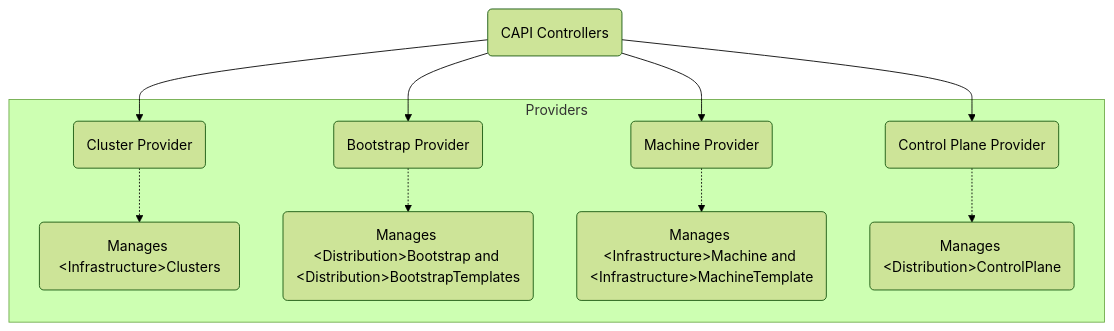
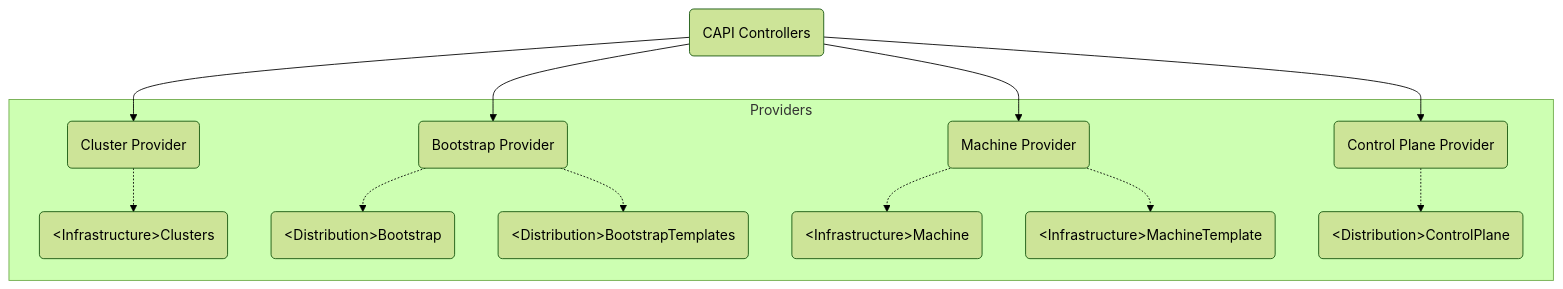
Before and after one commit to aiyengar2/k8s-docs: the second of 2 diagrams in docs/provisioning/00_capi.md, drawn with Mermaid (forest theme).

````diff
--- a/docs/provisioning/00_capi.md
+++ b/docs/provisioning/00_capi.md
@@ -57,25 +57,29 @@
 ```mermaid
 graph TD
     CAPIControllers("CAPI Controllers")
     subgraph Providers
     ClusterProvider("Cluster Provider")
     BootstrapProvider("Bootstrap Provider")
     MachineProvider("Machine Provider")
     ControlPlaneProvider("Control Plane Provider")
 
-    ClusterProviderDescription("Manages &ltInfrastructure&gtClusters")
-    BootstrapProviderDescription("Manages &ltDistribution&gtBootstrap and &ltDistribution&gtBootstrapTemplates")
-    MachineProviderDescription("Manages &ltInfrastructure&gtMachine and &ltInfrastructure&gtMachineTemplate")
-    ControlPlaneProviderDescription("Manages &ltDistribution&gtControlPlane")
+    InfrastructureCluster("&ltInfrastructure&gtClusters")
+    DistributionBootstrap("&ltDistribution&gtBootstrap")
+    DistributionBootstrapTemplate("&ltDistribution&gtBootstrapTemplates")
+    InfrastructureMachine("&ltInfrastructure&gtMachine")
+    InfrastructureMachineTemplate("&ltInfrastructure&gtMachineTemplate")
+    DistributionControlPlane("&ltDistribution&gtControlPlane")
     end
 
     CAPIControllers-->ClusterProvider
     CAPIControllers-->BootstrapProvider
     CAPIControllers-->MachineProvider
     CAPIControllers-->ControlPlaneProvider
     
-    ClusterProvider-.->ClusterProviderDescription
-    BootstrapProvider-.->BootstrapProviderDescription
-    MachineProvider-.->MachineProviderDescription
-    ControlPlaneProvider-.->ControlPlaneProviderDescription
+    ClusterProvider-.->InfrastructureCluster
+    BootstrapProvider-.->DistributionBootstrap
+    BootstrapProvider-.->DistributionBootstrapTemplate
+    MachineProvider-.->InfrastructureMachine
+    MachineProvider-.->InfrastructureMachineTemplate
+    ControlPlaneProvider-.->DistributionControlPlane
 ```
````
